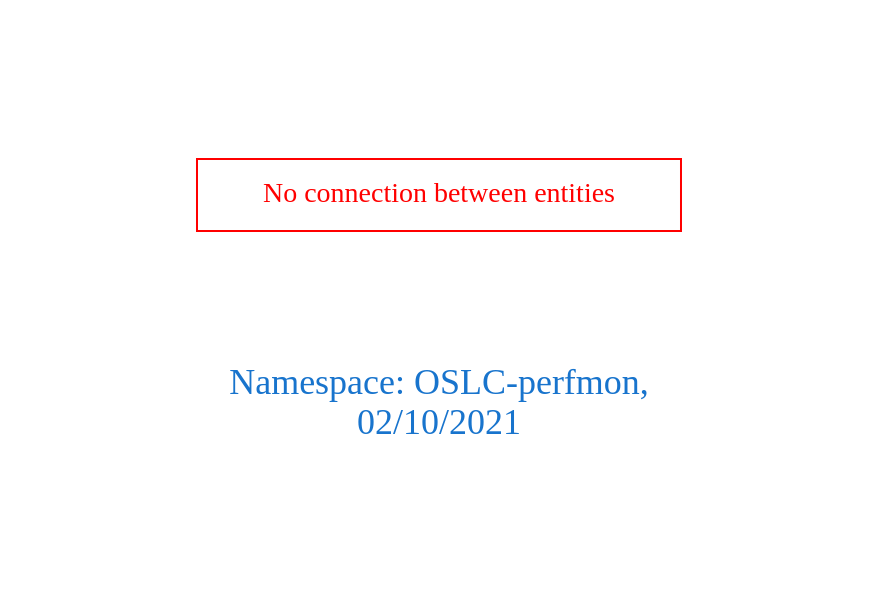
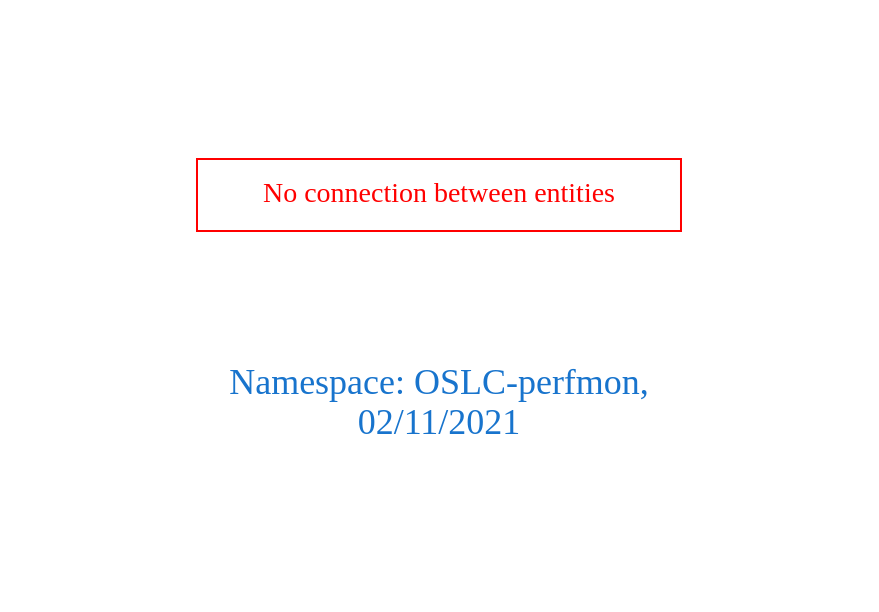
One commit to arago/OGIT changed the diagram in downloads/OSLC-perfmon.dot. Above: the diagram before and after it, drawn with Graphviz. The commit also changed 1844 other files, not shown here.

```diff
--- a/downloads/OSLC-perfmon.dot
+++ b/downloads/OSLC-perfmon.dot
@@ -1,9 +1,9 @@
 digraph OGIT_ontology {
  graph [ rankdir= LR,pad=1 
 fontsize = 18,
-fontcolor= dodgerblue3,label = "\n\n\nNamespace: OSLC-perfmon, \n 02/10/2021"];
+fontcolor= dodgerblue3,label = "\n\n\nNamespace: OSLC-perfmon, \n 02/11/2021"];
 node[shape=polygon];
 edge [  color="gray81"];
 
 "No connection between entities" [fontcolor = "red",color="red", shape="polygon"]
 }
```
